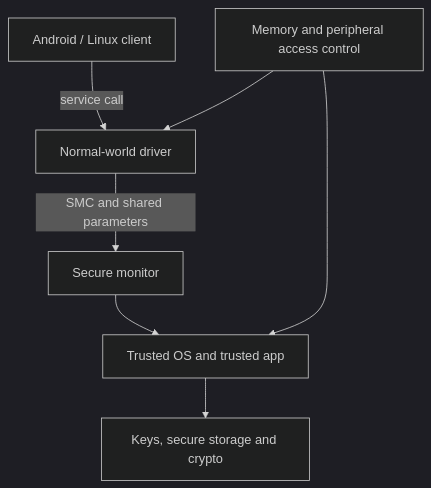
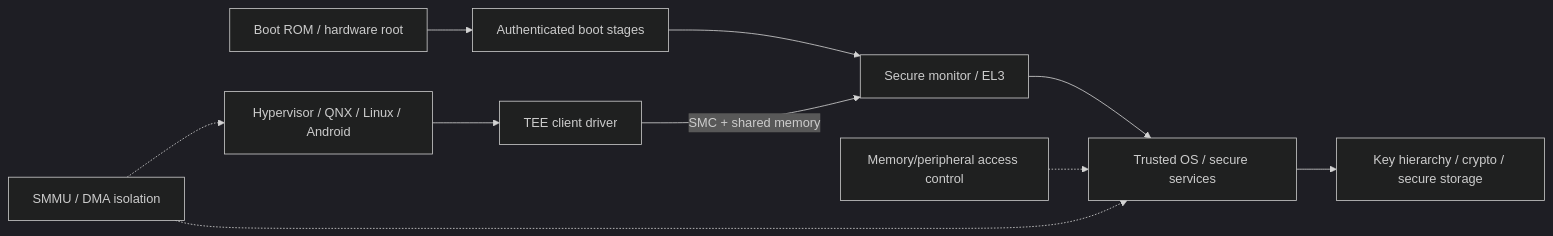
The diagram in src/content/docs/articles/qualcomm-trustzone-tee.md (abhishekkumardwivedi/abhishekkumardwivedi.github.io), drawn with Mermaid (dark theme) before and after one commit. The commit also changed other lines of this file and 7 other files, not shown here.

````diff
--- a/src/content/docs/articles/qualcomm-trustzone-tee.md
+++ b/src/content/docs/articles/qualcomm-trustzone-tee.md
@@ -10,9 +10,12 @@
 ```mermaid
-flowchart TD
-    A["Android / Linux client"] -->|"service call"| D["Normal-world driver"]
-    D -->|"SMC and shared parameters"| M["Secure monitor"]
-    M --> T["Trusted OS and trusted app"]
-    T --> K["Keys, secure storage and crypto"]
-    X["Memory and peripheral access control"] --> T
-    X --> D
+flowchart LR
+    ROM["Boot ROM / hardware root"] --> BL["Authenticated boot stages"]
+    BL --> EL3["Secure monitor / EL3"]
+    EL3 --> TEE["Trusted OS / secure services"]
+    TEE --> KEY["Key hierarchy / crypto / secure storage"]
+    NW["Hypervisor / QNX / Linux / Android"] --> DRV["TEE client driver"]
+    DRV -->|"SMC + shared memory"| EL3
+    ACL["Memory/peripheral access control"] -.-> TEE
+    SMMU["SMMU / DMA isolation"] -.-> NW
+    SMMU -.-> TEE
 ```
````
